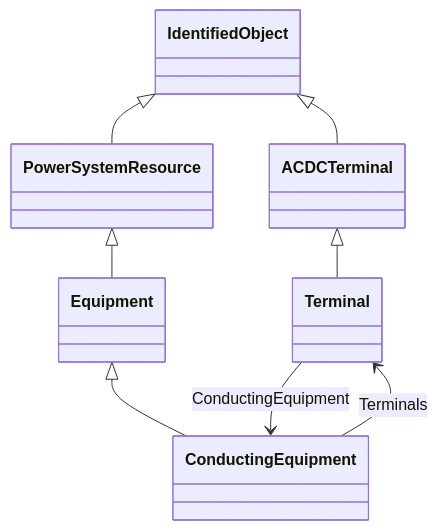
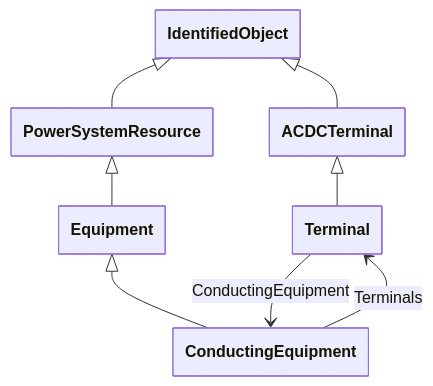
Before and after one commit to cim-cgmes/cim-cgmes.github.io: the diagram in pages/docs/Profiles/Package_Core.md, drawn with Mermaid. The commit also changed 561 other files, not shown here.

````diff
--- a/pages/docs/Profiles/Package_Core.md
+++ b/pages/docs/Profiles/Package_Core.md
@@ -5,10 +5,15 @@
 ```mermaid
+---
+  config:
+    class:
+      hideEmptyMembersBox: true
+---
 classDiagram
-    ACDCTerminal <|-- Terminal
-    Terminal --> ConductingEquipment : ConductingEquipment
-    PowerSystemResource <|-- Equipment
-    IdentifiedObject <|-- PowerSystemResource
     IdentifiedObject <|-- ACDCTerminal
     Equipment <|-- ConductingEquipment
     ConductingEquipment --> Terminal : Terminals
+    ACDCTerminal <|-- Terminal
+    Terminal --> ConductingEquipment : ConductingEquipment
+    IdentifiedObject <|-- PowerSystemResource
+    PowerSystemResource <|-- Equipment
 ```
````
